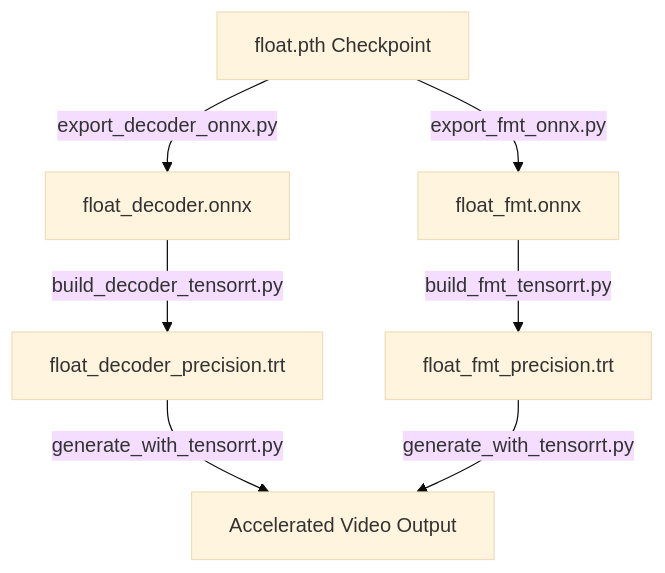
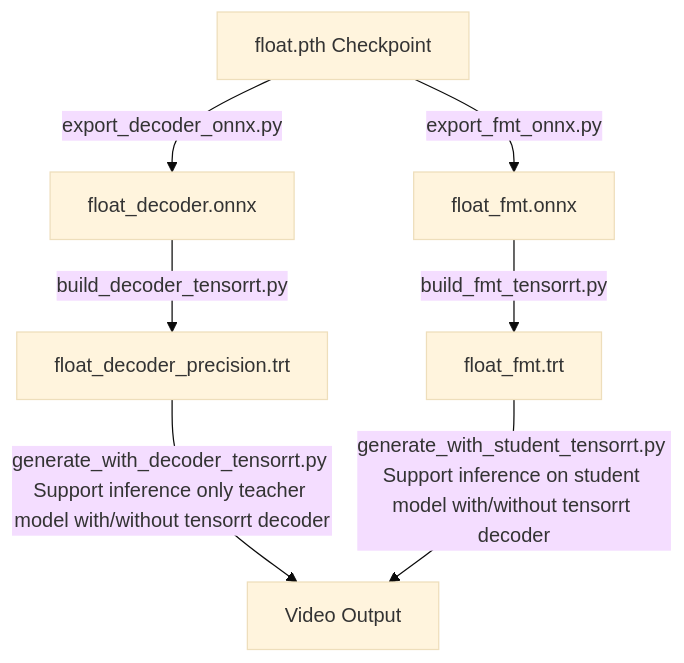
The diagram in accelerate_dev/docs.md (XezXey/float), drawn with Mermaid (base theme) before and after one commit. The commit also changed other lines of this file and 3 other files, not shown here.

Commit message:
before removing dynamic batch size from build_tensorrt

````diff
--- a/accelerate_dev/docs.md
+++ b/accelerate_dev/docs.md
@@ -34,9 +37,9 @@
 ```mermaid
 graph TD
     A[float.pth Checkpoint] -->|export_decoder_onnx.py| B[float_decoder.onnx]
     A -->|export_fmt_onnx.py| C[float_fmt.onnx]
     B -->|build_decoder_tensorrt.py| D[float_decoder_precision.trt]
-    C -->|build_fmt_tensorrt.py| E[float_fmt_precision.trt]
-    D -->|generate_with_tensorrt.py| F[Accelerated Video Output]
-    E -->|generate_with_tensorrt.py| F
+    C -->|build_fmt_tensorrt.py| E[float_fmt.trt]
+    D -->|generate_with_decoder_tensorrt.py Support inference only teacher model with/without tensorrt decoder | F[Video Output]
+    E -->|generate_with_student_tensorrt.py Support inference on student model with/without tensorrt decoder | F
 ```
````
